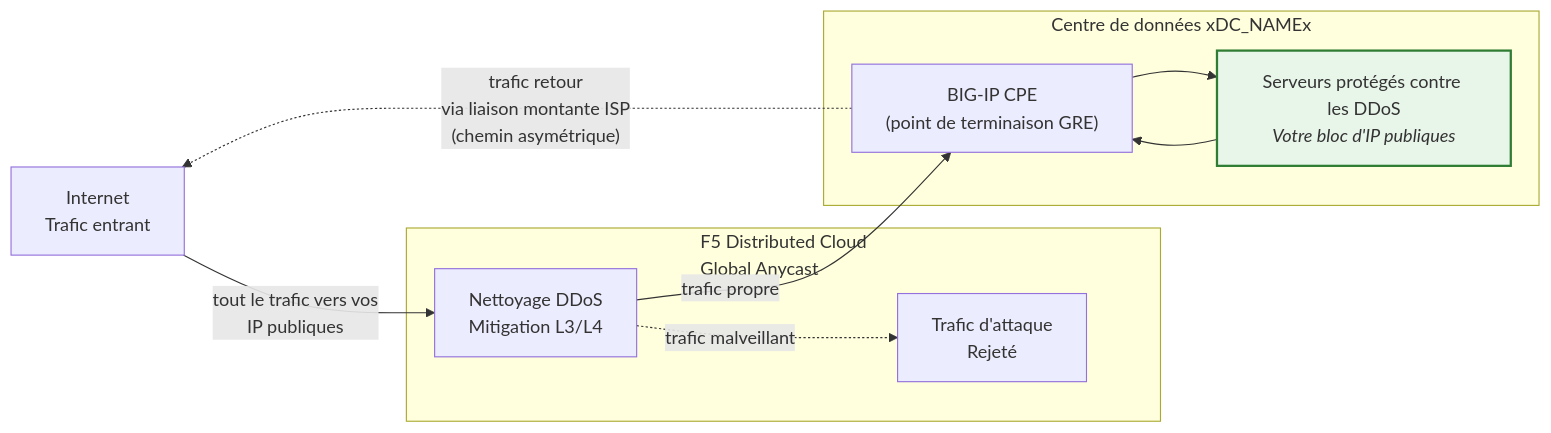
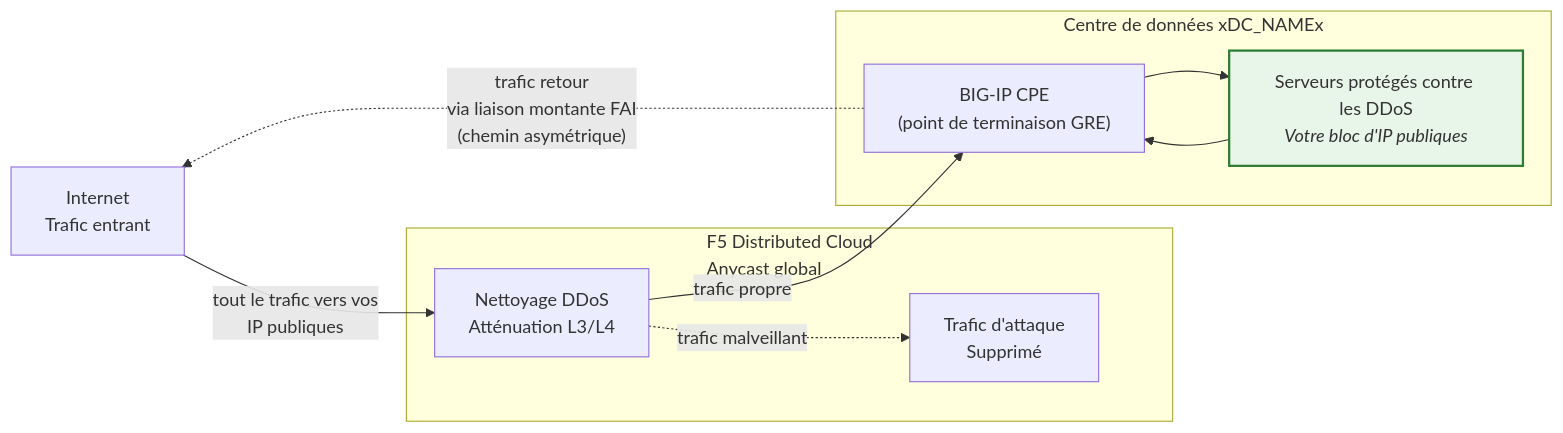
Before and after one commit to f5-sales-demo/ddos: the first of 2 diagrams in docs/fr/overview.mdx, drawn with Mermaid. The commit also changed other lines of this file and 95 other files, not shown here.

````diff
--- a/docs/fr/overview.mdx
+++ b/docs/fr/overview.mdx
@@ -21,23 +21,23 @@
 ```mermaid
 flowchart LR
     INET["Internet<br/>Trafic entrant"]
 
-    subgraph XC["F5 Distributed Cloud<br/>Global Anycast"]
-        SCRUB["Nettoyage DDoS<br/>Mitigation L3/L4"]
-        DROP["Trafic d'attaque<br/>Rejeté"]
+    subgraph XC["F5 Distributed Cloud<br/>Anycast global"]
+        SCRUB["Nettoyage DDoS<br/>Atténuation L3/L4"]
+        DROP["Trafic d'attaque<br/>Supprimé"]
     end
 
     subgraph DC["Centre de données xDC_NAMEx"]
         BIGIP["BIG-IP CPE<br/>(point de terminaison GRE)"]
         SERVERS["Serveurs protégés contre les DDoS<br/><i>Votre bloc d'IP publiques</i>"]
     end
 
     INET -->|"tout le trafic vers vos<br/>IP publiques"| SCRUB
     SCRUB -->|"trafic propre"| BIGIP
     SCRUB -.->|"trafic malveillant"| DROP
     BIGIP --> SERVERS
     SERVERS --> BIGIP
-    BIGIP -.->|"trafic retour<br/>via liaison montante ISP<br/>(chemin asymétrique)"| INET
+    BIGIP -.->|"trafic retour<br/>via liaison montante FAI<br/>(chemin asymétrique)"| INET
 
     style SERVERS fill:#e8f5e9,stroke:#2e7d32,stroke-width:2px
 ```
````
